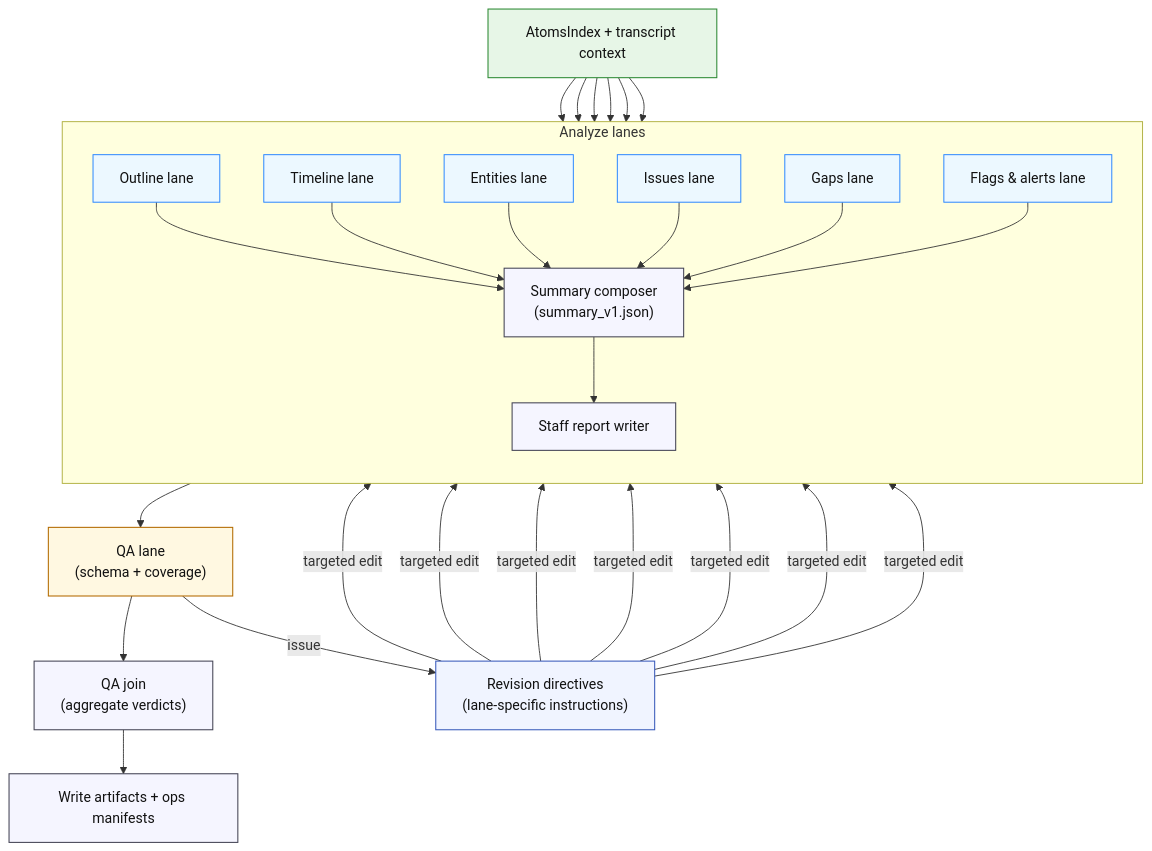
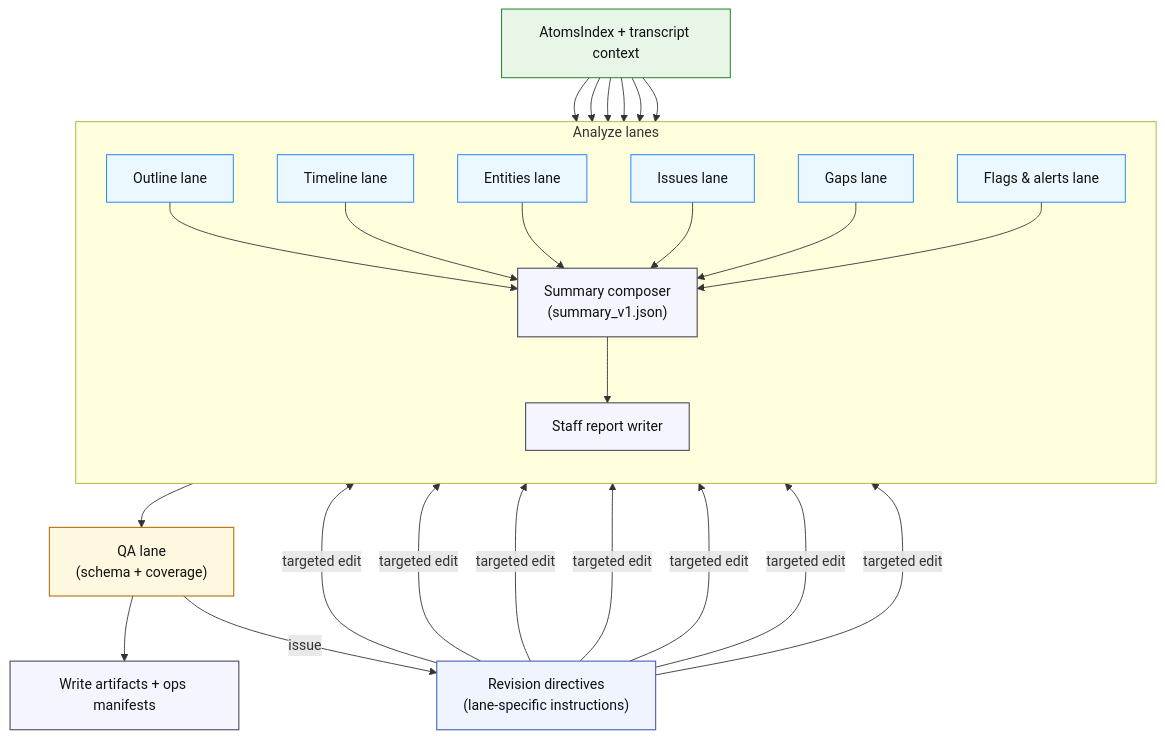
One commit to PantherianCodeX/udocket.com changed the diagram in docs/automation/langgraph-agents/diagrams/analyze-feedback-loops-v1.mmd. Above: the diagram before and after it, drawn with Mermaid. The commit also changed 4 other files, not shown here.

```diff
--- a/docs/automation/langgraph-agents/diagrams/analyze-feedback-loops-v1.mmd
+++ b/docs/automation/langgraph-agents/diagrams/analyze-feedback-loops-v1.mmd
@@ -1,51 +1,50 @@
 %% analyze-feedback-loops-v1.mmd
 %% Focused view of Analyze lane feedback and revision directives
 flowchart TD
     classDef stage fill:#f5f5ff,stroke:#445,stroke-width:1.2px,color:#111;
     classDef lane fill:#ecf8ff,stroke:#2684ff,stroke-width:1.1px,color:#111;
     classDef gate fill:#fff8e1,stroke:#b36b00,stroke-width:1.2px,color:#111;
     classDef artifact fill:#e7f6e7,stroke:#2d8a34,stroke-width:1.2px,color:#111;
     classDef directive fill:#f0f4ff,stroke:#3a5bbb,stroke-width:1.2px,color:#111;
 
     Input["AtomsIndex + transcript context"]:::artifact
 
     subgraph Lanes["Analyze lanes"]
         direction TB
         Outline["Outline lane"]:::lane
         Timeline["Timeline lane"]:::lane
         Entities["Entities lane"]:::lane
         Issues["Issues lane"]:::lane
         Gaps["Gaps lane"]:::lane
         Flags["Flags & alerts lane"]:::lane
         Summary["Summary composer<br/>(summary_v1.json)"]:::stage
         Staff["Staff report writer"]:::stage
     end
 
     QA["QA lane<br/>(schema + coverage)"]:::gate
-    QAJoin["QA join<br/>(aggregate verdicts)"]:::stage
     Directive["Revision directives<br/>(lane-specific instructions)"]:::directive
     Manifest["Write artifacts + ops manifests"]:::stage
 
     Input --> Outline
     Input --> Timeline
     Input --> Entities
     Input --> Issues
     Input --> Gaps
     Input --> Flags
 
     Outline --> Summary
     Timeline --> Summary
     Entities --> Summary
     Issues --> Summary
     Gaps --> Summary
     Flags --> Summary
-    Summary --> Staff --> QA --> QAJoin --> Manifest
+    Summary --> Staff --> QA --> Manifest
 
     QA -->|issue| Directive
     Directive -->|targeted edit| Outline
     Directive -->|targeted edit| Timeline
     Directive -->|targeted edit| Entities
     Directive -->|targeted edit| Issues
     Directive -->|targeted edit| Gaps
     Directive -->|targeted edit| Flags
     Directive -->|targeted edit| Summary
```
